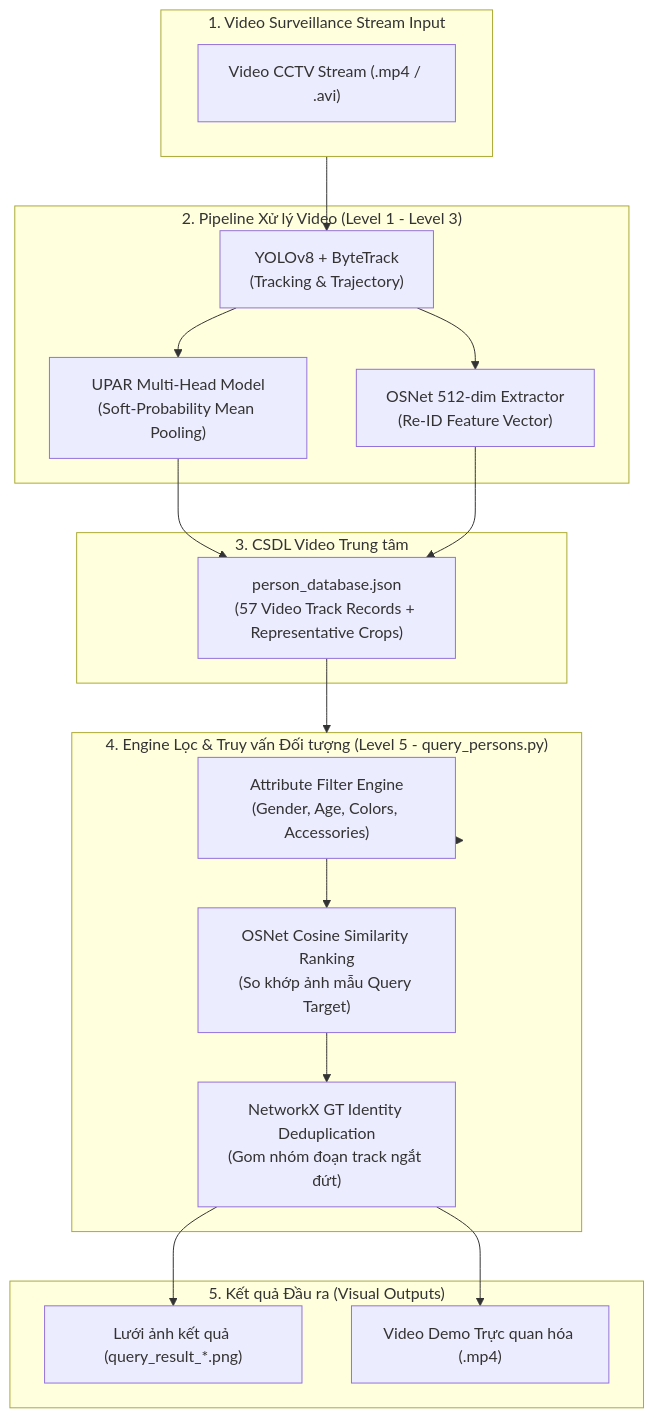
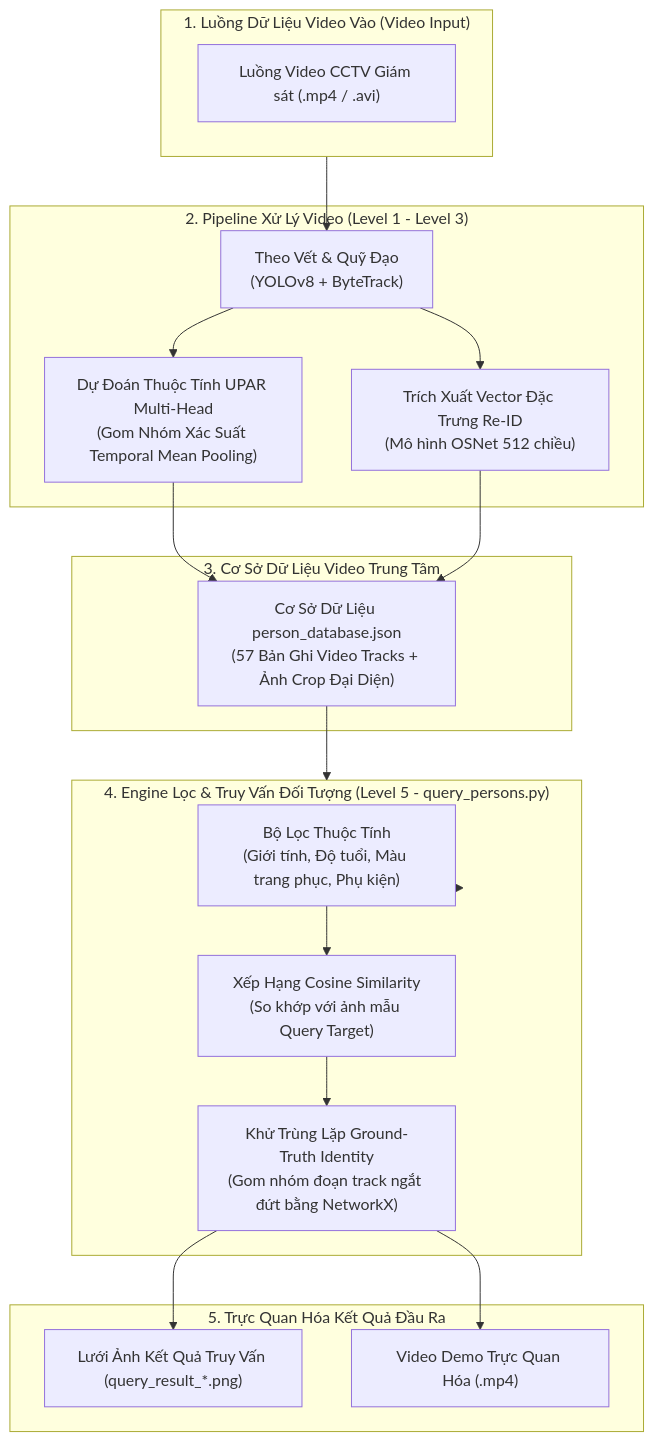
The diagram in README.md (NVAnh050904/CODE-AI-PROJECT), drawn with Mermaid before and after one commit. The commit also changed 1 other file, not shown here.

Commit message:
docs: translate system pipeline diagrams to Vietnamese

````diff
--- a/README.md
+++ b/README.md
@@ -21,34 +21,34 @@
 ```mermaid
 flowchart TD
-    subgraph StreamInput ["1. Video Surveillance Stream Input"]
-        V1["Video CCTV Stream (.mp4 / .avi)"]
+    subgraph StreamInput ["1. Luồng Dữ Liệu Video Vào (Video Input)"]
+        V1["Luồng Video CCTV Giám sát (.mp4 / .avi)"]
     end
 
-    subgraph CorePipeline ["2. Pipeline Xử lý Video (Level 1 - Level 3)"]
-        Tracking["YOLOv8 + ByteTrack\n(Tracking & Trajectory)"]
-        AttrEngine["UPAR Multi-Head Model\n(Soft-Probability Mean Pooling)"]
-        ReIDEngine["OSNet 512-dim Extractor\n(Re-ID Feature Vector)"]
+    subgraph CorePipeline ["2. Pipeline Xử Lý Video (Level 1 - Level 3)"]
+        Tracking["Theo Vết & Quỹ Đạo\n(YOLOv8 + ByteTrack)"]
+        AttrEngine["Dự Đoán Thuộc Tính UPAR Multi-Head\n(Gom Nhóm Xác Suất Temporal Mean Pooling)"]
+        ReIDEngine["Trích Xuất Vector Đặc Trưng Re-ID\n(Mô hình OSNet 512 chiều)"]
     end
 
-    subgraph CentralDB ["3. CSDL Video Trung tâm"]
-        DBJSON["person_database.json\n(57 Video Track Records + Representative Crops)"]
+    subgraph CentralDB ["3. Cơ Sở Dữ Liệu Video Trung Tâm"]
+        DBJSON["Cơ Sở Dữ Liệu person_database.json\n(57 Bản Ghi Video Tracks + Ảnh Crop Đại Diện)"]
     end
 
-    subgraph SearchEngine ["4. Engine Lọc & Truy vấn Đối tượng (Level 5 - query_persons.py)"]
-        AttrFilter["Attribute Filter Engine\n(Gender, Age, Colors, Accessories)"]
-        ReIDRank["OSNet Cosine Similarity Ranking\n(So khớp ảnh mẫu Query Target)"]
-        GTDedup["NetworkX GT Identity Deduplication\n(Gom nhóm đoạn track ngắt đứt)"]
+    subgraph SearchEngine ["4. Engine Lọc & Truy Vấn Đối Tượng (Level 5 - query_persons.py)"]
+        AttrFilter["Bộ Lọc Thuộc Tính\n(Giới tính, Độ tuổi, Màu trang phục, Phụ kiện)"]
+        ReIDRank["Xếp Hạng Cosine Similarity\n(So khớp với ảnh mẫu Query Target)"]
+        GTDedup["Khử Trùng Lặp Ground-Truth Identity\n(Gom nhóm đoạn track ngắt đứt bằng NetworkX)"]
     end
 
-    subgraph OutputVisual ["5. Kết quả Đầu ra (Visual Outputs)"]
-        GridImg["Lưới ảnh kết quả (query_result_*.png)"]
-        DemoVideo["Video Demo Trực quan hóa (.mp4)"]
+    subgraph OutputVisual ["5. Trực Quan Hóa Kết Quả Đầu Ra"]
+        GridImg["Lưới Ảnh Kết Quả Truy Vấn (query_result_*.png)"]
+        DemoVideo["Video Demo Trực Quan Hóa (.mp4)"]
     end
 
     StreamInput --> Tracking
     Tracking --> AttrEngine & ReIDEngine
     AttrEngine & ReIDEngine --> DBJSON
     DBJSON --> SearchEngine
     SearchEngine --> AttrFilter --> ReIDRank --> GTDedup
     GTDedup --> GridImg & DemoVideo
 ```
````
